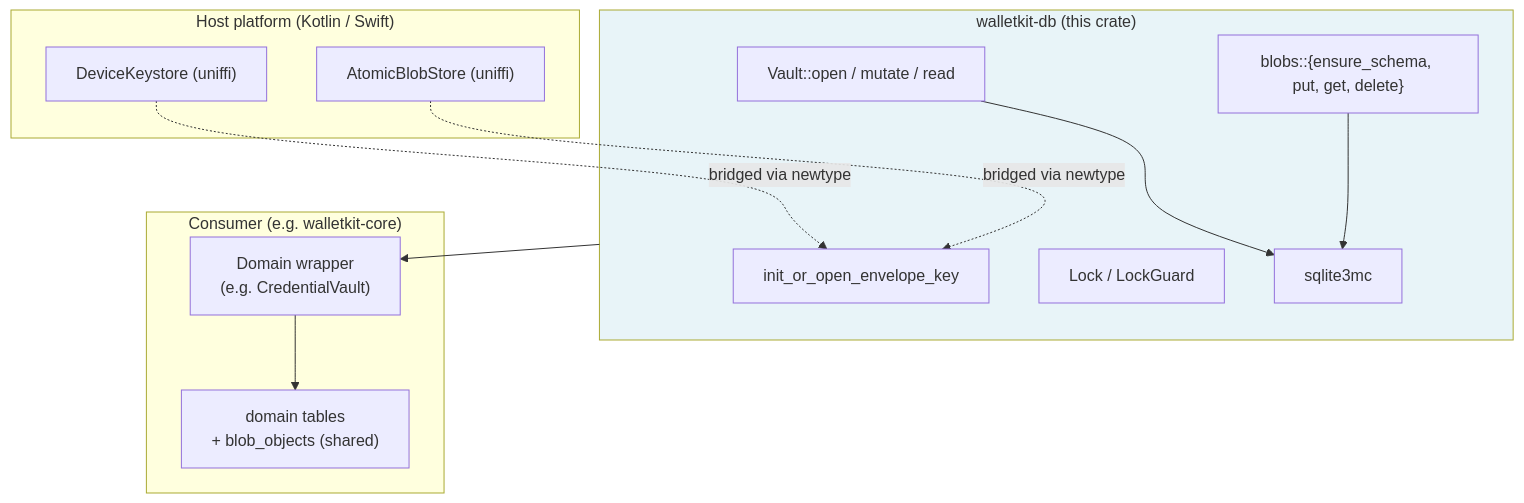
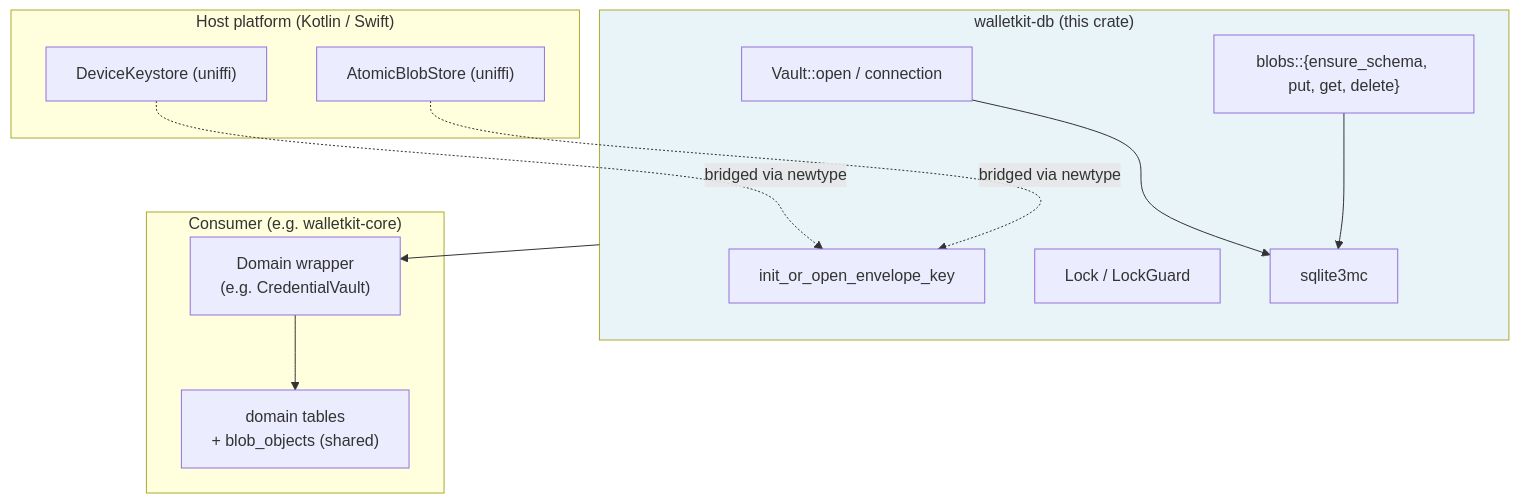
One commit to worldcoin/walletkit changed the diagram in walletkit-db/README.md. Above: the diagram before and after it, drawn with Mermaid. The commit also changed other lines of this file and 9 other files, not shown here.

````diff
--- a/walletkit-db/README.md
+++ b/walletkit-db/README.md
@@ -19,25 +19,25 @@
 ```mermaid
 flowchart TB
     subgraph Host["Host platform (Kotlin / Swift)"]
         KS["DeviceKeystore (uniffi)"]
         BS["AtomicBlobStore (uniffi)"]
     end
     subgraph WKDB["walletkit-db (this crate)"]
-        OV["Vault::open / mutate / read"]
+        OV["Vault::open / connection"]
         Blobs["blobs::{ensure_schema, put, get, delete}"]
         Env["init_or_open_envelope_key"]
         Lock["Lock / LockGuard"]
         Cipher["sqlite3mc"]
         OV --> Cipher
         Blobs --> Cipher
     end
     subgraph Consumer["Consumer (e.g. walletkit-core)"]
         Wrapper["Domain wrapper<br/>(e.g. CredentialVault)"]
         Tables["domain tables<br/>+ blob_objects (shared)"]
         Wrapper --> Tables
     end
     KS -.bridged via newtype.-> Env
     BS -.bridged via newtype.-> Env
     WKDB --> Wrapper
     style WKDB fill:#e8f4f8
 ```
````
